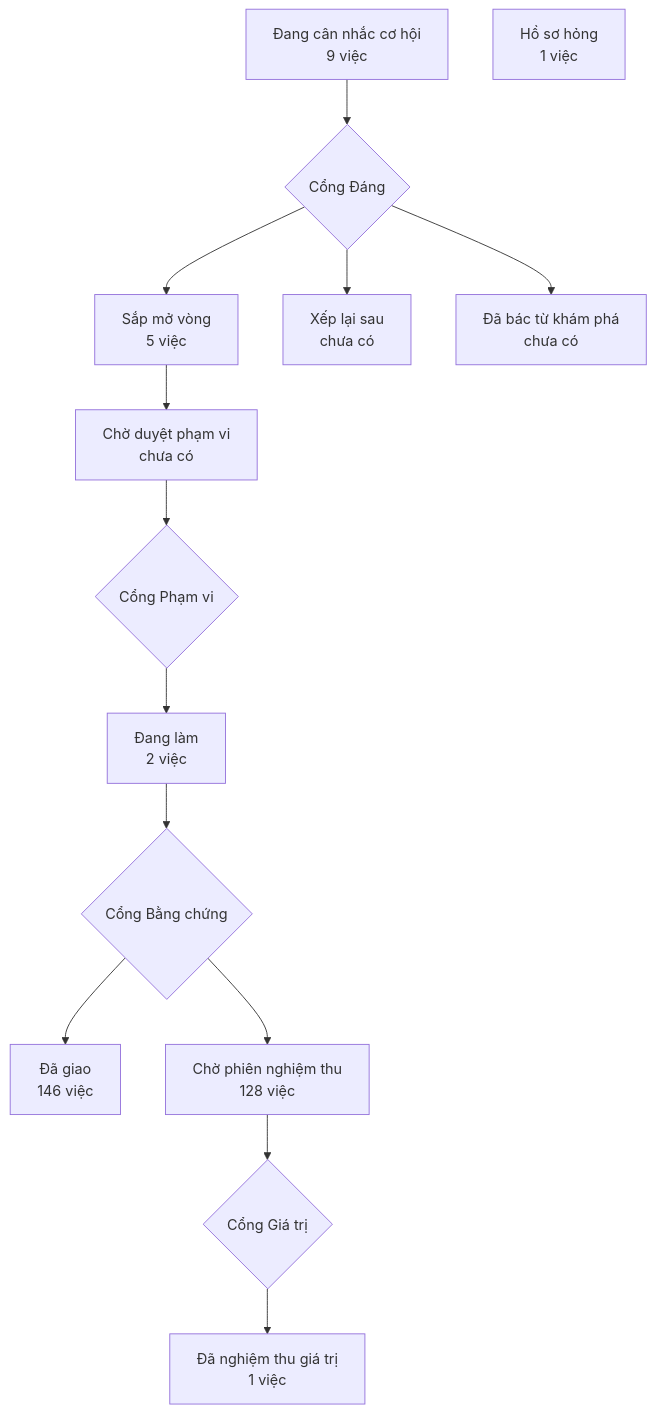
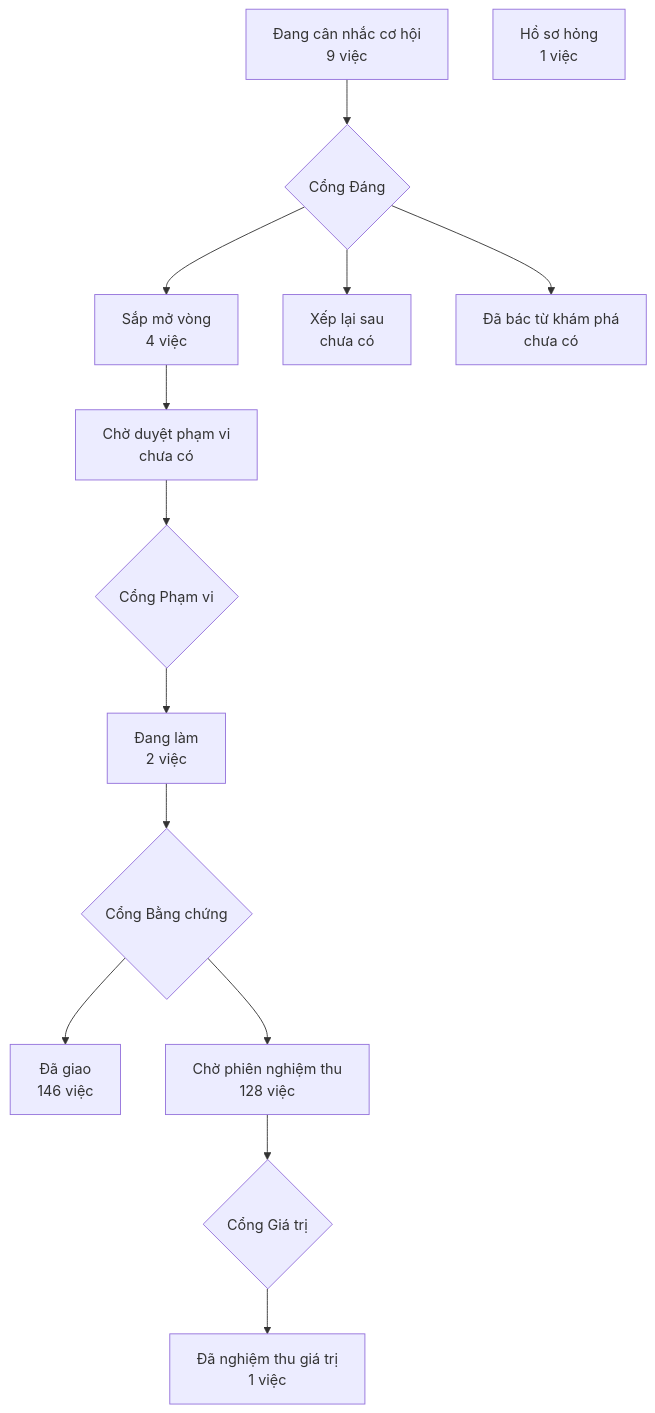
Before and after one commit to phanlemanh/crm-onehub: the diagram in PRODUCT-MAP.md, drawn with Mermaid. The commit also changed 1 other file, not shown here.

Commit message:
chore(bo-cuc-hep-ngan-va-kanban): vẽ lại bản đồ sau gộp onehub f1bf84a29

````diff
--- a/PRODUCT-MAP.md
+++ b/PRODUCT-MAP.md
@@ -7,13 +7,13 @@
 ```mermaid
 flowchart TD
   A["Đang cân nhắc cơ hội<br/>9 việc"] --> GD{"Cổng Đáng"}
-  GD --> B["Sắp mở vòng<br/>5 việc"]
+  GD --> B["Sắp mở vòng<br/>4 việc"]
   GD --> XL["Xếp lại sau<br/>chưa có"]
   GD --> DB["Đã bác từ khám phá<br/>chưa có"]
   B --> CD["Chờ duyệt phạm vi<br/>chưa có"] --> GP{"Cổng Phạm vi"}
   GP --> DL["Đang làm<br/>2 việc"] --> GB{"Cổng Bằng chứng"}
   GB --> DG["Đã giao<br/>146 việc"]
   GB --> CN["Chờ phiên nghiệm thu<br/>128 việc"] --> GG{"Cổng Giá trị"}
   GG --> NT["Đã nghiệm thu giá trị<br/>1 việc"]
   HS["Hồ sơ hỏng<br/>1 việc"]
 ```
````
